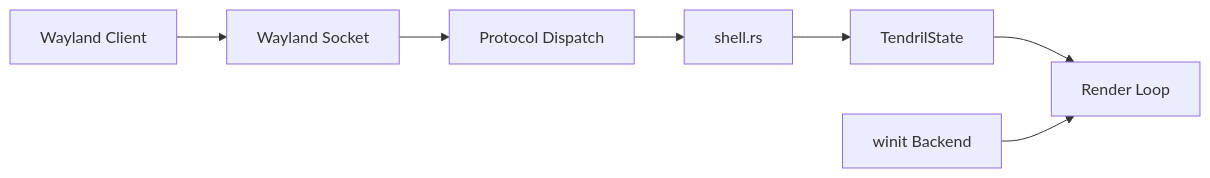
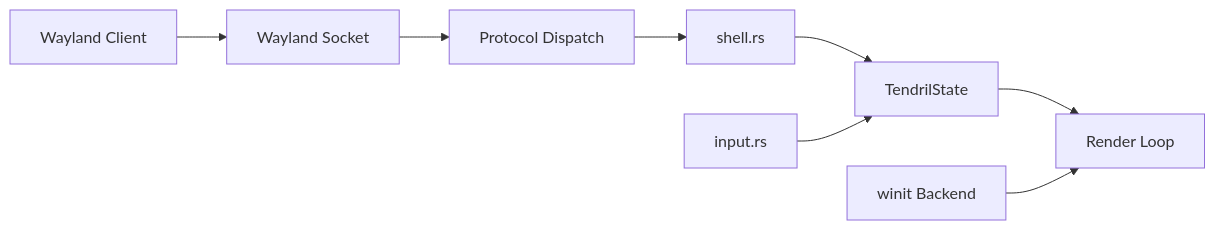
Before and after one commit to moloo4ni/tendril: the diagram in README.md, drawn with Mermaid. The commit also changed other lines of this file and 4 other files, not shown here.

````diff
--- a/README.md
+++ b/README.md
@@ -21,17 +22,19 @@
 ```mermaid
 graph LR
     Client[Wayland Client]
     Socket[Wayland Socket]
     Dispatch[Protocol Dispatch]
     Shell[shell.rs]
+    Input[input.rs]
     State[TendrilState]
     Backend[winit Backend]
     Render[Render Loop]
 
     Client --> Socket
     Socket --> Dispatch
     Dispatch --> Shell
     Shell --> State
+    Input --> State
     State --> Render
     Backend --> Render
 ```
````
